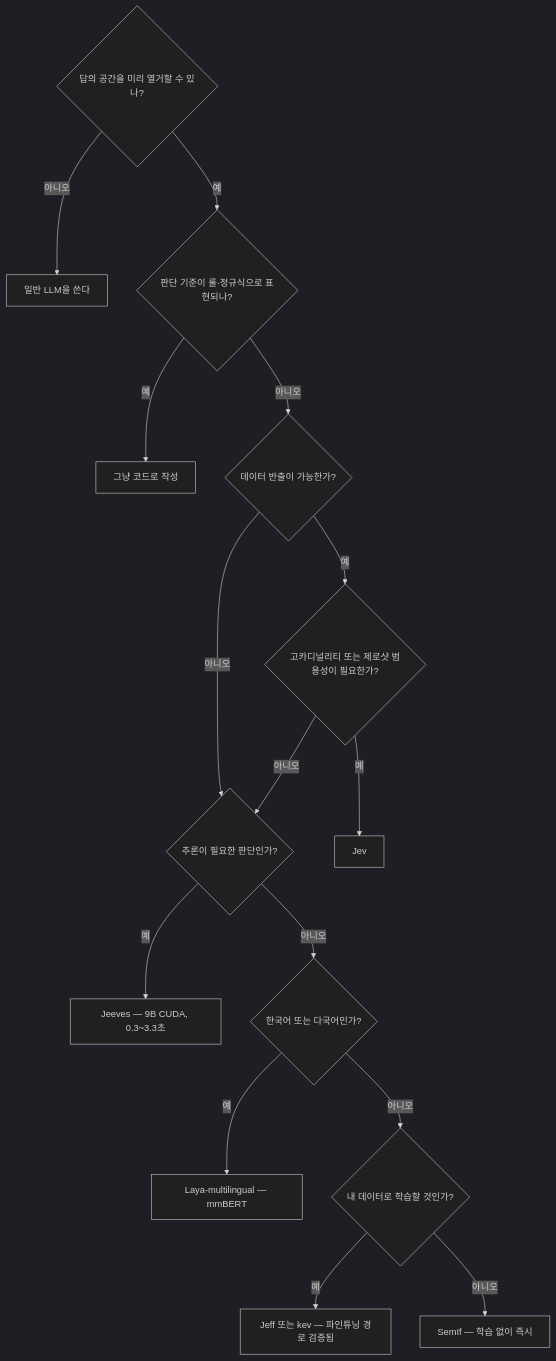
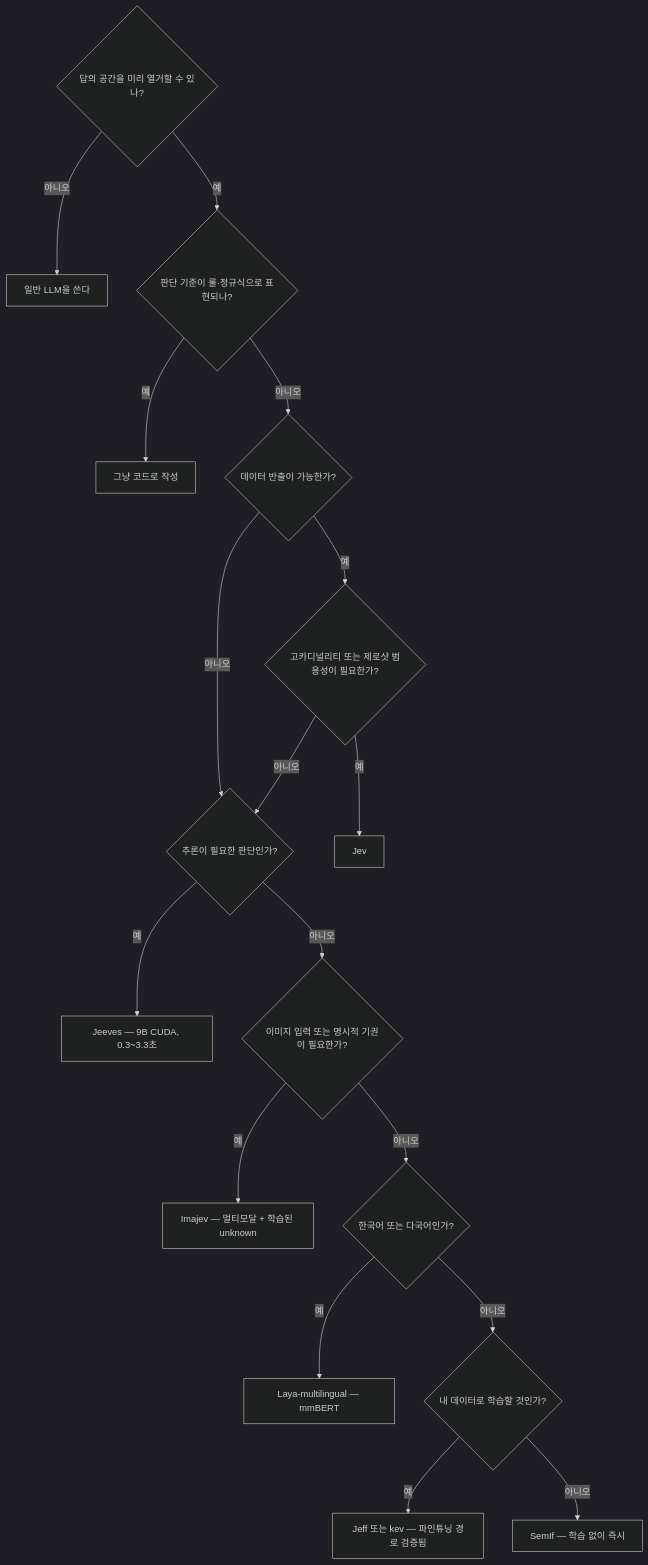
The third of 3 diagrams in ai-infrastructure/system-one-models/README.md (sangyun628/research), drawn with Mermaid (dark theme) before and after one commit. The commit also changed other lines of this file and 2 other files, not shown here.

First line of the commit message:
docs: System One 모델 마스터 비교표·기능 매트릭스 추가, Imajev·decider 반영

````diff
--- a/ai-infrastructure/system-one-models/README.md
+++ b/ai-infrastructure/system-one-models/README.md
@@ -164,18 +210,20 @@
 ```mermaid
 flowchart TD
   Q0{"답의 공간을 미리 열거할 수 있나?"}
   Q0 -->|"아니오"| LLM["일반 LLM을 쓴다"]
   Q0 -->|"예"| Q1{"판단 기준이 룰·정규식으로 표현되나?"}
   Q1 -->|"예"| CODE["그냥 코드로 작성"]
   Q1 -->|"아니오"| Q2{"데이터 반출이 가능한가?"}
   Q2 -->|"아니오"| Q3{"추론이 필요한 판단인가?"}
   Q2 -->|"예"| Q4{"고카디널리티 또는 제로샷 범용성이 필요한가?"}
   Q4 -->|"예"| JEV["Jev"]
   Q4 -->|"아니오"| Q3
   Q3 -->|"예"| JEEVES["Jeeves — 9B CUDA, 0.3~3.3초"]
-  Q3 -->|"아니오"| Q5{"한국어 또는 다국어인가?"}
+  Q3 -->|"아니오"| Q7{"이미지 입력 또는 명시적 기권이 필요한가?"}
+  Q7 -->|"예"| IMAJEV["Imajev — 멀티모달 + 학습된 unknown"]
+  Q7 -->|"아니오"| Q5{"한국어 또는 다국어인가?"}
   Q5 -->|"예"| LAYA["Laya-multilingual — mmBERT"]
   Q5 -->|"아니오"| Q6{"내 데이터로 학습할 것인가?"}
   Q6 -->|"예"| JEFFKEV["Jeff 또는 kev — 파인튜닝 경로 검증됨"]
   Q6 -->|"아니오"| SEMIF["SemIf — 학습 없이 즉시"]
 ```
````
